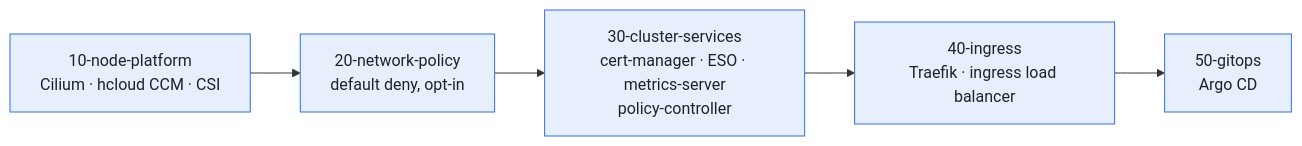
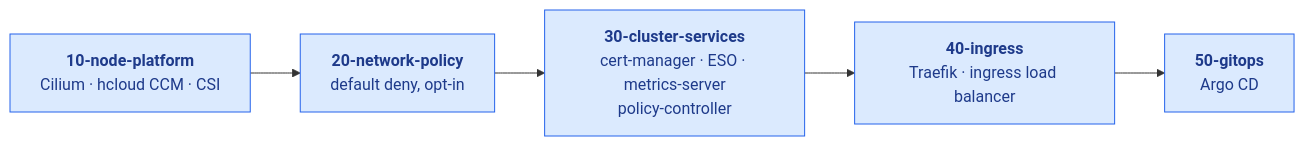
The third of 3 diagrams in README.md (oleg-tkachuk/hetzner-iac), drawn with Mermaid before and after one commit. The commit also changed other lines of this file and 2 other files, not shown here.

First line of the commit message:
docs(diagrams): give the diagrams saturated fills and bold titles

````diff
--- a/README.md
+++ b/README.md
@@ -110,14 +110,14 @@
 ```mermaid
 flowchart LR
-    classDef kube fill:#e7effc,stroke:#326ce5,stroke-width:1px,color:#1f2328
+    classDef kube fill:#DBEAFE,stroke:#2563EB,stroke-width:1px,color:#1E3A8A
 
-    l10["10-node-platform<br/>Cilium · hcloud CCM · CSI"]
-    l20["20-network-policy<br/>default deny, opt-in"]
-    l30["30-cluster-services<br/>cert-manager · ESO · metrics-server<br/>policy-controller"]
-    l40["40-ingress<br/>Traefik · ingress load balancer"]
-    l50["50-gitops<br/>Argo CD"]
+    l10["<b>10-node-platform</b><br/>Cilium · hcloud CCM · CSI"]
+    l20["<b>20-network-policy</b><br/>default deny, opt-in"]
+    l30["<b>30-cluster-services</b><br/>cert-manager · ESO · metrics-server<br/>policy-controller"]
+    l40["<b>40-ingress</b><br/>Traefik · ingress load balancer"]
+    l50["<b>50-gitops</b><br/>Argo CD"]
 
     l10 --> l20 --> l30 --> l40 --> l50
 
     class l10,l20,l30,l40,l50 kube
 ```
````
